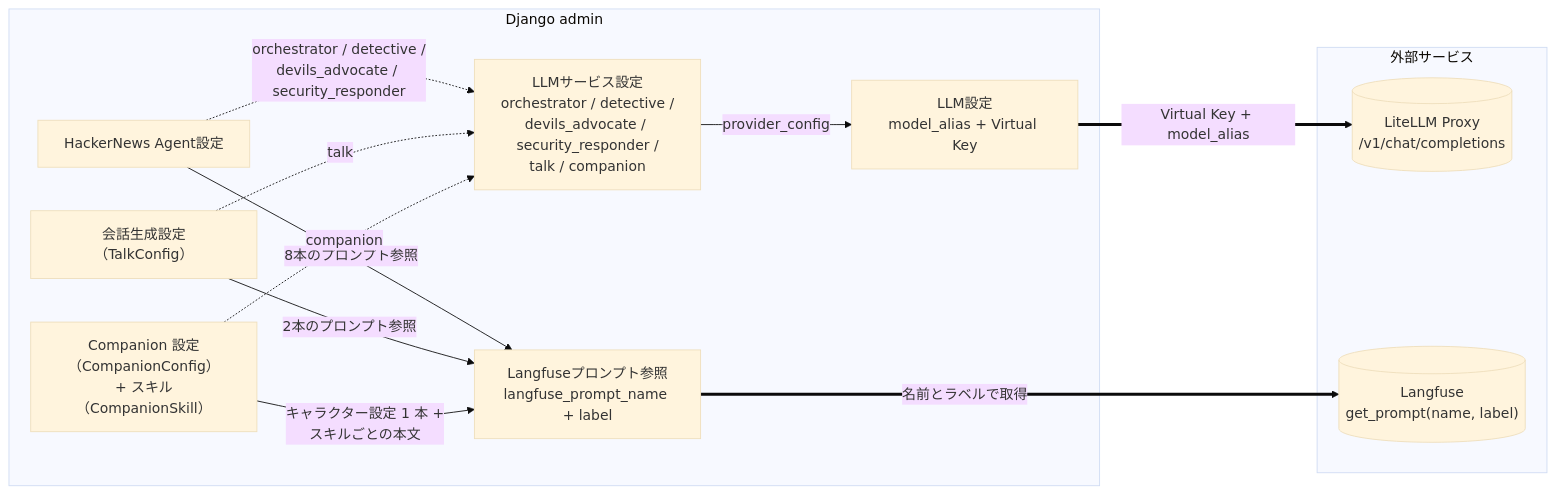
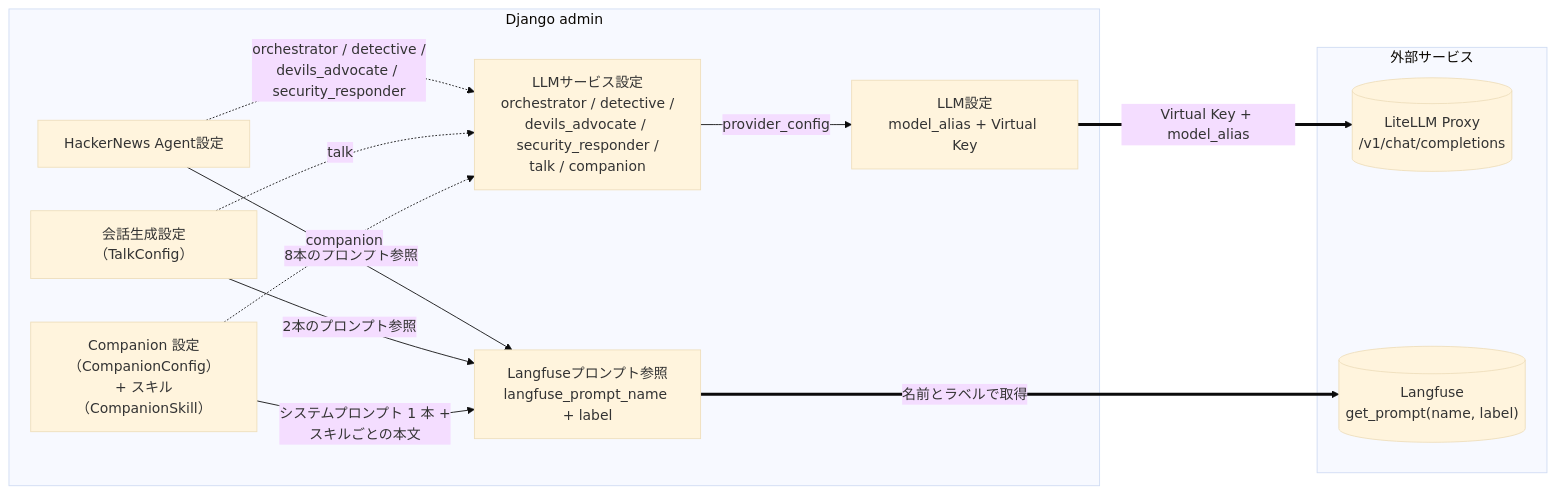
Before and after one commit to kagiyama-baking/kawashiro-server: the diagram in django_api/integrations/llm/README.md, drawn with Mermaid (base theme). The commit also changed other lines of this file and 23 other files, not shown here.

First line of the commit message:
refactor: Companion の system プロンプトの参照を system_prompt_ref に改名する

````diff
--- a/django_api/integrations/llm/README.md
+++ b/django_api/integrations/llm/README.md
@@ -38,27 +38,27 @@
 ```mermaid
 flowchart LR
     subgraph Admin["Django admin"]
         Provider["LLM設定<br/>model_alias + Virtual Key"]
         Service["LLMサービス設定<br/>orchestrator / detective /<br/>devils_advocate / security_responder /<br/>talk / companion"]
         Ref["Langfuseプロンプト参照<br/>langfuse_prompt_name + label"]
         HN["HackerNews Agent設定"]
         Talk["会話生成設定（TalkConfig）"]
         Companion["Companion 設定（CompanionConfig）<br/>+ スキル（CompanionSkill）"]
     end
 
     subgraph External["外部サービス"]
         LiteLLM[("LiteLLM Proxy<br/>/v1/chat/completions")]
         Langfuse[("Langfuse<br/>get_prompt(name, label)")]
     end
 
     Service -->|provider_config| Provider
     HN -->|8本のプロンプト参照| Ref
     HN -.->|orchestrator / detective /<br/>devils_advocate / security_responder| Service
     Talk -->|2本のプロンプト参照| Ref
     Talk -.->|talk| Service
-    Companion -->|キャラクター設定 1 本 +<br/>スキルごとの本文| Ref
+    Companion -->|システムプロンプト 1 本 +<br/>スキルごとの本文| Ref
     Companion -.->|companion| Service
 
     Provider ==>|Virtual Key + model_alias| LiteLLM
     Ref ==>|名前とラベルで取得| Langfuse
 ```
````
